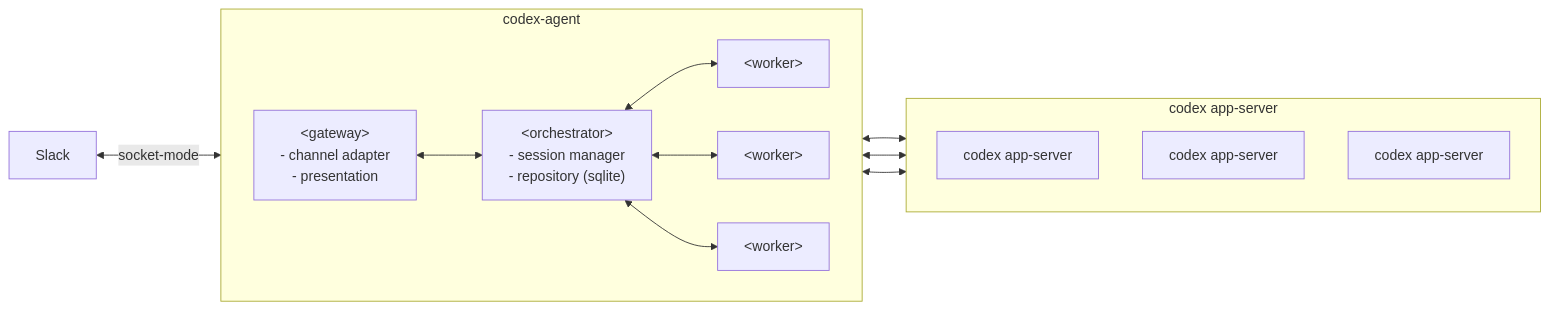
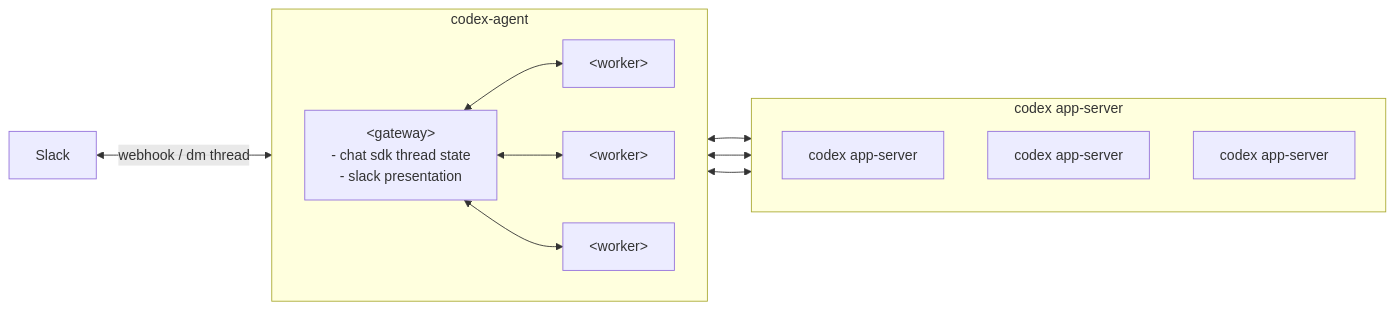
The diagram in docs/architecture_overview.md (yuya296/codex-agent), drawn with Mermaid before and after one commit. The commit also changed other lines of this file and 22 other files, not shown here.

First line of the commit message:
Chat SDK gatewayへ移行

````diff
--- a/docs/architecture_overview.md
+++ b/docs/architecture_overview.md
@@ -15,32 +12,30 @@
 ```mermaid
 flowchart LR
   Slack["Slack"]
 
   subgraph CodexAgent["codex-agent"]
     direction LR
 
-    Gateway["&lt;gateway&gt;<br/>- channel adapter<br/>- presentation"]
-    Orchestrator["&lt;orchestrator&gt;<br/>- session manager<br/>- repository (sqlite)"]
+    Gateway["&lt;gateway&gt;<br/>- chat sdk thread state<br/>- slack presentation"]
     Worker1["&lt;worker&gt;"]
     Worker2["&lt;worker&gt;"]
     Worker3["&lt;worker&gt;"]
 
-    Gateway <--> Orchestrator
-    Orchestrator <--> Worker1
-    Orchestrator <--> Worker2
-    Orchestrator <--> Worker3
+    Gateway <--> Worker1
+    Gateway <--> Worker2
+    Gateway <--> Worker3
   end
 
   subgraph CodexCluster["codex app-server"]
     direction TB
 
     Codex1["codex app-server"]
     Codex2["codex app-server"]
     Codex3["codex app-server"]
   end
 
-  Slack <-->|socket-mode| Gateway
+  Slack <-->|webhook / dm thread| Gateway
   Worker1 <--> Codex1
   Worker2 <--> Codex2
   Worker3 <--> Codex3
 ```
````
